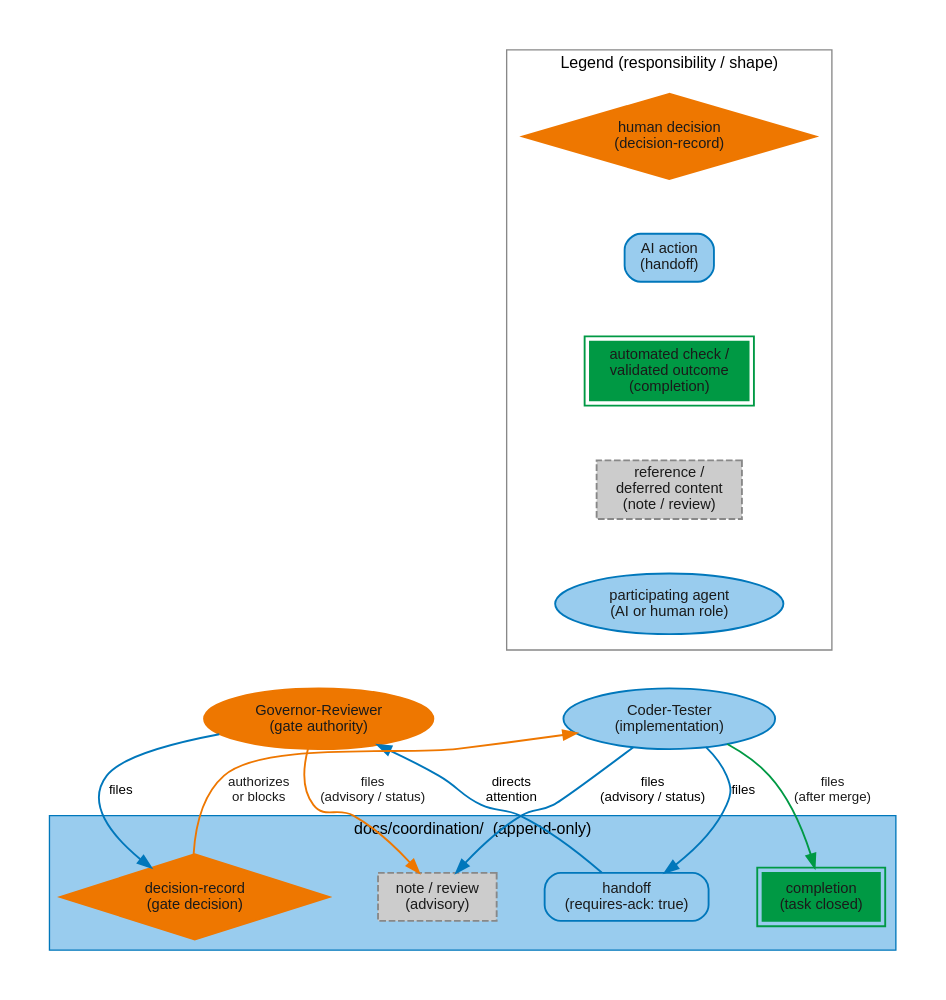
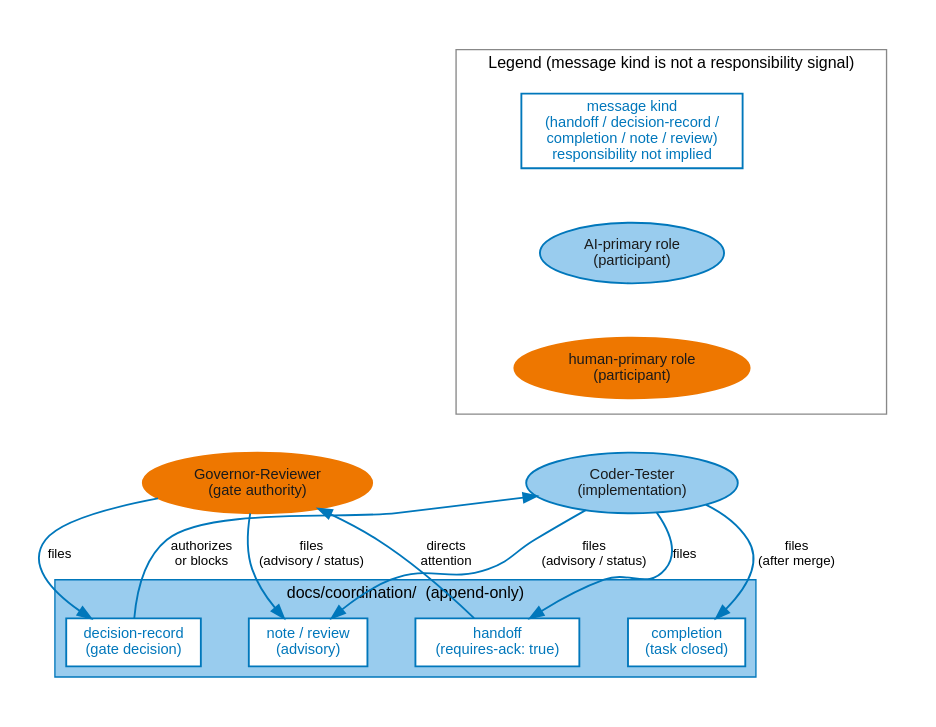
The diagram in agf/docs/figures/src/coordination-channel.dot (janipaijanen/agf-mirror), drawn with Graphviz before and after one commit. The commit also changed 5 other files, not shown here.

```diff
--- a/agf/docs/figures/src/coordination-channel.dot
+++ b/agf/docs/figures/src/coordination-channel.dot
@@ -1,93 +1,93 @@
 // SPDX-License-Identifier: CC-BY-SA-4.0
 // agents-govern: coordination channel and handoff resolution
 // Generate: dot -Tsvg coordination-channel.dot -o ../coordination-channel.svg
 //
 // Semantic responsibility palette: agf/docs/site/reference/palette.md
-// ("Semantic responsibility palette" section). Same contract and shape
-// key as the other converted figures. Message-kind nodes inside the
-// channel cluster map onto the five responsibility categories (who is
-// responsible for that kind of entry): handoff = AI action, decision-
-// record = Human decision, completion = Automated check/validated
-// outcome, note/review = Reference/deferred content (advisory, not
-// binding). The two agent nodes are a separate, self-labelled axis
-// ("participating agent," already the original figure's own legend
-// entry) -- ellipse shape, coloured to match the responsibility hue of
-// that agent's typical role (AI action blue for Coder-Tester, Human
-// decision amber for Governor-Reviewer) so the two axes stay visually
-// consistent without conflating "kind of coordination entry" with
-// "kind of participant."
+// ("Semantic responsibility palette" section).
+//
+// Gate 2 review `20260722T211822Z-contribution-auditor-ghng` (BLOCK 1)
+// found that an earlier version of this figure mapped coordination
+// *message kinds* onto the five responsibility categories (handoff =
+// AI action, decision-record = Human decision, completion = Automated
+// check/validated outcome, note/review = Reference/deferred content).
+// That is not the coordination protocol's contract:
+// coordination-message.schema.json permits any applicable role to
+// author any kind; a review can carry a current BLOCK; a completion is
+// a durable authored record, not an automated check. Message kind does
+// not determine actor, automation status, or approval outcome, and the
+// figure must not imply that it does.
+//
+// Fix: message-kind nodes (handoff / decision-record / completion /
+// note-review) all use one neutral, uniform treatment -- the "Shared
+// concept" token (white fill, blue-mid border/text, plain box) -- and
+// are distinguished from each other by label text only, exactly like
+// any other shared artifact whose responsibility is not fixed by its
+// kind. The five-category responsibility palette is reserved for the
+// two participant nodes, where responsibility genuinely is known and
+// fixed (Coder-Tester is the AI-primary role; Governor-Reviewer is the
+// human-primary role) -- a role-category axis, not a message-kind axis,
+// using the same "AI-primary role" / "human-primary role" vocabulary as
+// docs/academic/figures/src/role-communication-topology.dot.
 digraph coord_channel {
     graph [rankdir=TB, splines=spline, pad=0.3, nodesep=0.5, ranksep=0.55,
            bgcolor=white, fontname="Helvetica", fontsize=12]
     node  [fontname="Helvetica", fontsize=11, style=filled, shape=box,
            fillcolor=white, color="#0077BB", penwidth=1.4]
     edge  [fontname="Helvetica", fontsize=10, color="#0077BB", penwidth=1.4]
 
-    // Shape key: four responsibility categories plus the figure-local
-    // "participating agent" axis, matching the other converted figures'
-    // shape-key treatment.
+    // Shape key: the message-kind axis (uniform -- kind does not imply
+    // responsibility) and the participant role-category axis (genuine
+    // responsibility, ellipse shape, matching role-communication-
+    // topology.dot's vocabulary).
     subgraph cluster_shapekey {
-        label = "Legend (responsibility / shape)"
+        label = "Legend (message kind is not a responsibility signal)"
         fontname = "Helvetica"
         fontsize = 12
         color = "#888888"
         margin = 12
 
-        sk_diamond   [label="human decision\n(decision-record)", shape=diamond,
+        sk_kind      [label="message kind\n(handoff / decision-record /\ncompletion / note / review)\nresponsibility not implied",
+                      fillcolor=white, color="#0077BB", fontcolor="#0077BB"]
+        sk_ai_role   [label="AI-primary role\n(participant)", shape=ellipse,
+                      fillcolor="#99CCEE", color="#0077BB", fontcolor="#1A1A1A"]
+        sk_human_role [label="human-primary role\n(participant)", shape=ellipse,
                       fillcolor="#EE7700", color="#EE7700", fontcolor="#1A1A1A"]
-        sk_ai        [label="AI action\n(handoff)",
-                      style="filled,rounded", fillcolor="#99CCEE",
-                      color="#0077BB", fontcolor="#1A1A1A"]
-        sk_automated [label="automated check /\nvalidated outcome\n(completion)",
-                      style="filled,bold", peripheries=2, fillcolor="#009944",
-                      color="#009944", fontcolor="#1A1A1A"]
-        sk_reference [label="reference /\ndeferred content\n(note / review)",
-                      style="filled,dashed", fillcolor="#CCCCCC",
-                      color="#888888", fontcolor="#1A1A1A"]
-        sk_agent     [label="participating agent\n(AI or human role)",
-                      shape=ellipse, fillcolor="#99CCEE", color="#0077BB",
-                      fontcolor="#1A1A1A"]
 
-        sk_diamond -> sk_ai -> sk_automated -> sk_reference -> sk_agent
-            [style=invis]
+        sk_kind -> sk_ai_role -> sk_human_role [style=invis]
     }
 
     subgraph cluster_channel {
         label="docs/coordination/  (append-only)"
         style=filled
         fillcolor="#99CCEE"
         color="#0077BB"
         fontname="Helvetica"
         fontsize=12
 
-        handoff   [label="handoff\n(requires-ack: true)", style="filled,rounded",
-                   fillcolor="#99CCEE", color="#0077BB", fontcolor="#1A1A1A"]
-        decision  [label="decision-record\n(gate decision)", shape=diamond,
-                   fillcolor="#EE7700", color="#EE7700", fontcolor="#1A1A1A"]
-        completion [label="completion\n(task closed)", style="filled,bold",
-                   peripheries=2, fillcolor="#009944", color="#009944",
-                   fontcolor="#1A1A1A"]
-        note      [label="note / review\n(advisory)", style="filled,dashed",
-                   fillcolor="#CCCCCC", color="#888888", fontcolor="#1A1A1A"]
+        handoff    [label="handoff\n(requires-ack: true)", fillcolor=white,
+                    color="#0077BB", fontcolor="#0077BB"]
+        decision   [label="decision-record\n(gate decision)", fillcolor=white,
+                    color="#0077BB", fontcolor="#0077BB"]
+        completion [label="completion\n(task closed)", fillcolor=white,
+                    color="#0077BB", fontcolor="#0077BB"]
+        note       [label="note / review\n(advisory)", fillcolor=white,
+                    color="#0077BB", fontcolor="#0077BB"]
     }
 
     agent_a  [label="Coder-Tester\n(implementation)", shape=ellipse,
               fillcolor="#99CCEE", color="#0077BB", fontcolor="#1A1A1A"]
     agent_b  [label="Governor-Reviewer\n(gate authority)", shape=ellipse,
               fillcolor="#EE7700", color="#EE7700", fontcolor="#1A1A1A"]
 
     // Stack the shape key above the diagram, same technique as the
     // other converted figures.
-    sk_agent -> agent_a [style=invis]
+    sk_human_role -> agent_a [style=invis]
 
     agent_a  -> handoff   [label="files"]
     handoff  -> agent_b   [label="directs\nattention"]
     agent_b  -> decision  [label="files"]
-    decision -> agent_a   [label="authorizes\nor blocks", color="#EE7700",
-                           fontcolor="#1A1A1A"]
-    agent_a  -> completion [label="files\n(after merge)", color="#009944",
-                            fontcolor="#1A1A1A"]
+    decision -> agent_a   [label="authorizes\nor blocks"]
+    agent_a  -> completion [label="files\n(after merge)"]
     agent_a  -> note      [label="files\n(advisory / status)"]
-    agent_b  -> note      [label="files\n(advisory / status)", color="#EE7700",
-                           fontcolor="#1A1A1A"]
+    agent_b  -> note      [label="files\n(advisory / status)"]
 }
```
